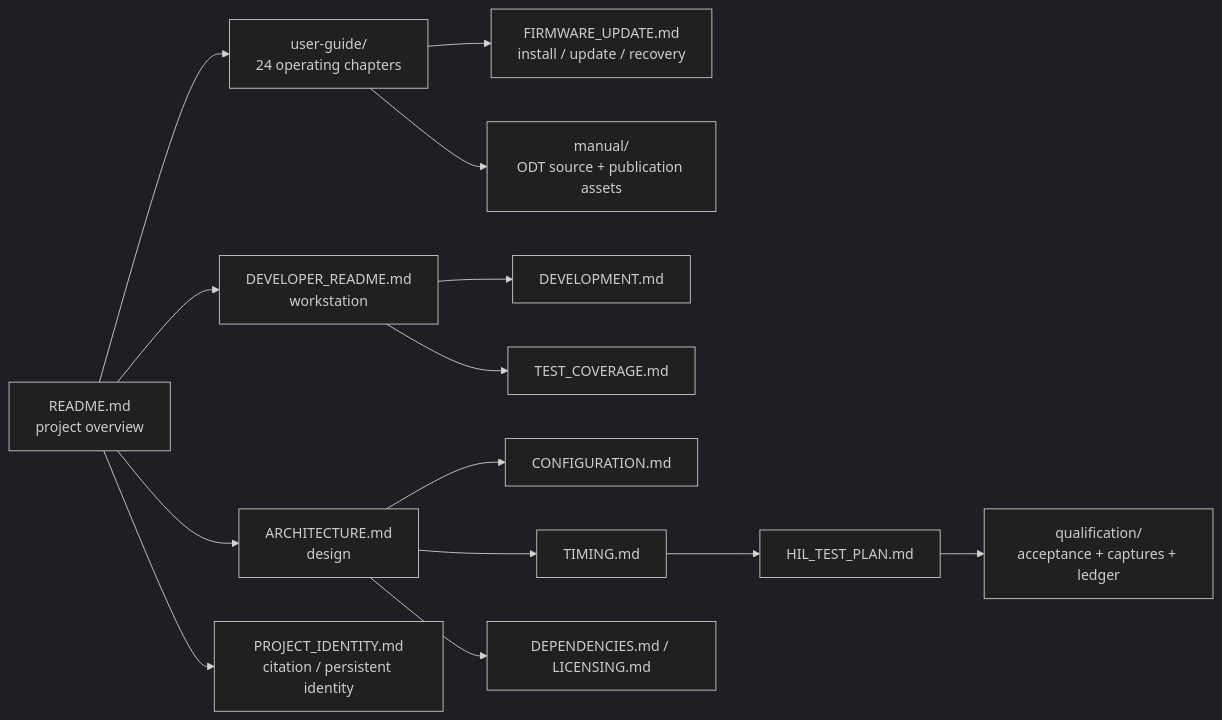
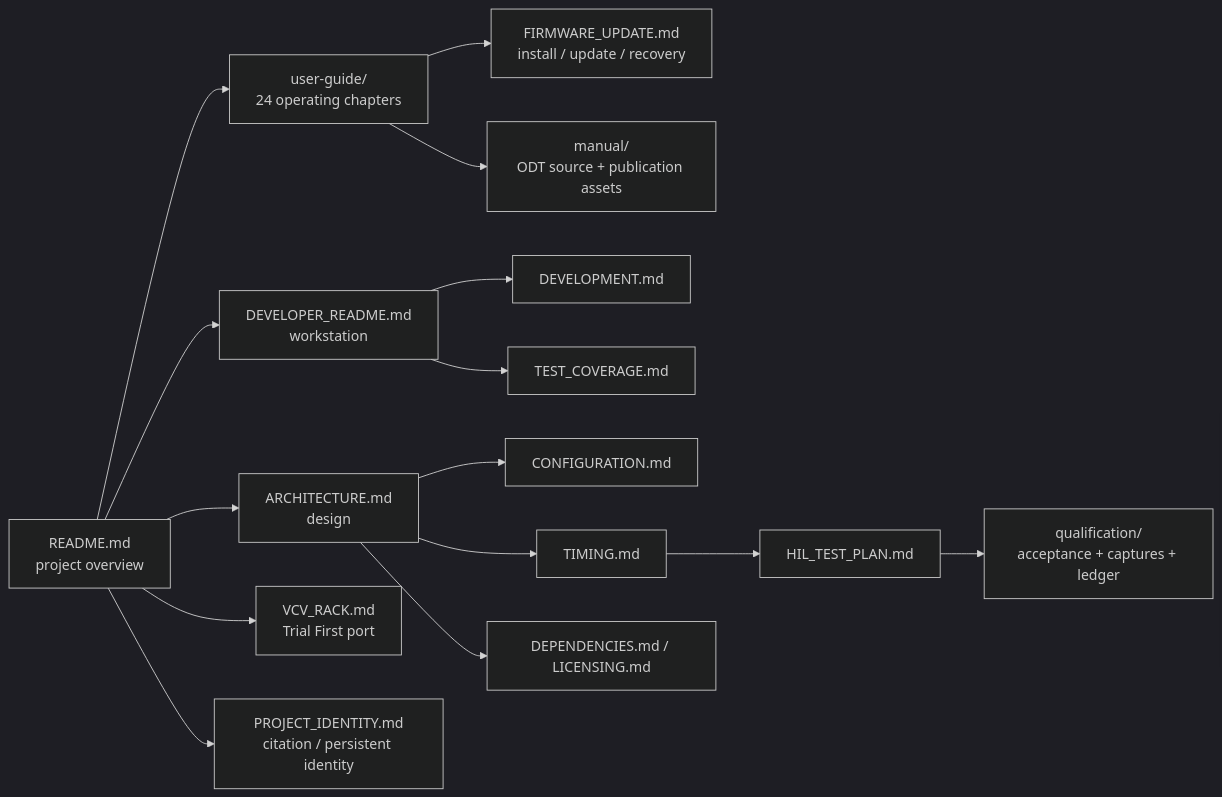
Before and after one commit to napolitano/eurorack-clock-firmware: the diagram in docs/README.md, drawn with Mermaid (dark theme). The commit also changed other lines of this file and 25 other files, not shown here.

````diff
--- a/docs/README.md
+++ b/docs/README.md
@@ -34,16 +35,17 @@
 ```mermaid
 flowchart LR
     Root[README.md\nproject overview] --> User[user-guide/\n24 operating chapters]
     User --> Update[FIRMWARE_UPDATE.md\ninstall / update / recovery]
     Root --> Dev[DEVELOPER_README.md\nworkstation]
     Root --> Arch[ARCHITECTURE.md\ndesign]
+    Root --> VCV[VCV_RACK.md\nTrial First port]
     User --> Manual[manual/\nODT source + publication assets]
     Dev --> Workflow[DEVELOPMENT.md]
     Dev --> Tests[TEST_COVERAGE.md]
     Arch --> Config[CONFIGURATION.md]
     Arch --> Timing[TIMING.md]
     Timing --> HIL[HIL_TEST_PLAN.md]
     HIL --> Qual[qualification/<br/>acceptance + captures + ledger]
     Arch --> Deps[DEPENDENCIES.md / LICENSING.md]
     Root --> Identity[PROJECT_IDENTITY.md\ncitation / persistent identity]
 ```
````
